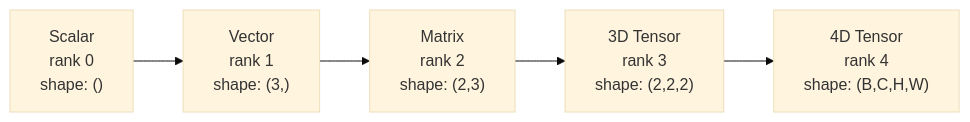
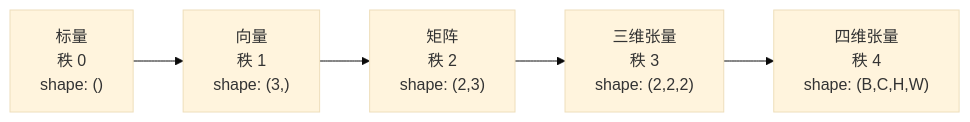
Before and after one commit to alessandrodinisio-ai/ai-engineering-learning-framework: the first of 4 diagrams in phases/01-math-foundations/12-tensor-operations/docs/zh.md, drawn with Mermaid (base theme). The commit also changed other lines of this file and 120 other files, not shown here.

First line of the commit message:
i18n(mermaid): 337 个 mermaid 图表标签中文化

````diff
--- a/phases/01-math-foundations/12-tensor-operations/docs/zh.md
+++ b/phases/01-math-foundations/12-tensor-operations/docs/zh.md
@@ -31,7 +31,7 @@
 ```mermaid
 graph LR
-    S["Scalar<br/>rank 0<br/>shape: ()"] --> V["Vector<br/>rank 1<br/>shape: (3,)"]
-    V --> M["Matrix<br/>rank 2<br/>shape: (2,3)"]
-    M --> T3["3D Tensor<br/>rank 3<br/>shape: (2,2,2)"]
-    T3 --> T4["4D Tensor<br/>rank 4<br/>shape: (B,C,H,W)"]
+    S["标量<br/>秩 0<br/>shape: ()"] --> V["向量<br/>秩 1<br/>shape: (3,)"]
+    V --> M["矩阵<br/>秩 2<br/>shape: (2,3)"]
+    M --> T3["三维张量<br/>秩 3<br/>shape: (2,2,2)"]
+    T3 --> T4["四维张量<br/>秩 4<br/>shape: (B,C,H,W)"]
 ```
````
